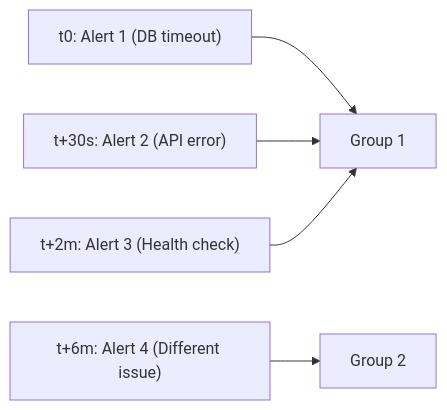
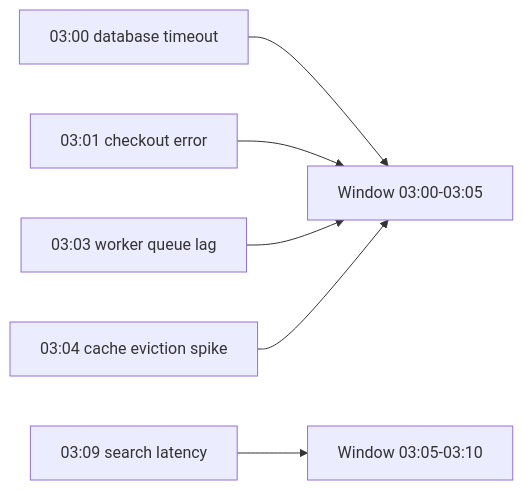
Before and after one commit to krisztiankoos/kubedojo: the fourth of 8 diagrams in src/content/docs/platform/disciplines/data-ai/aiops/module-6.3-event-correlation.md, drawn with Mermaid. The commit also changed other lines of this file, not shown here.

````diff
--- a/src/content/docs/platform/disciplines/data-ai/aiops/module-6.3-event-correlation.md
+++ b/src/content/docs/platform/disciplines/data-ai/aiops/module-6.3-event-correlation.md
@@ -84,7 +125,8 @@
 ```mermaid
 flowchart LR
-    A1["t0: Alert 1 (DB timeout)"] --> G1["Group 1"]
-    A2["t+30s: Alert 2 (API error)"] --> G1
-    A3["t+2m: Alert 3 (Health check)"] --> G1
-    A4["t+6m: Alert 4 (Different issue)"] --> G2["Group 2"]
+    A1["03:00 database timeout"] --> W1["Window 03:00-03:05"]
+    A2["03:01 checkout error"] --> W1
+    A3["03:03 worker queue lag"] --> W1
+    A4["03:04 cache eviction spike"] --> W1
+    A5["03:09 search latency"] --> W2["Window 03:05-03:10"]
 ```
````
